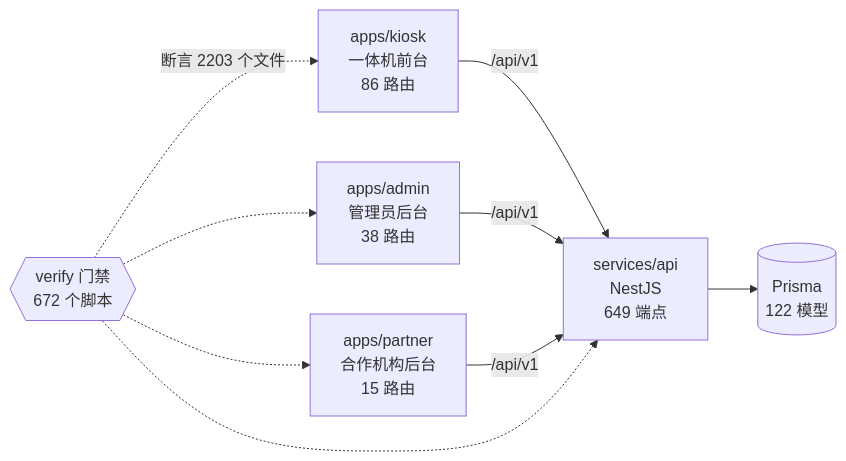
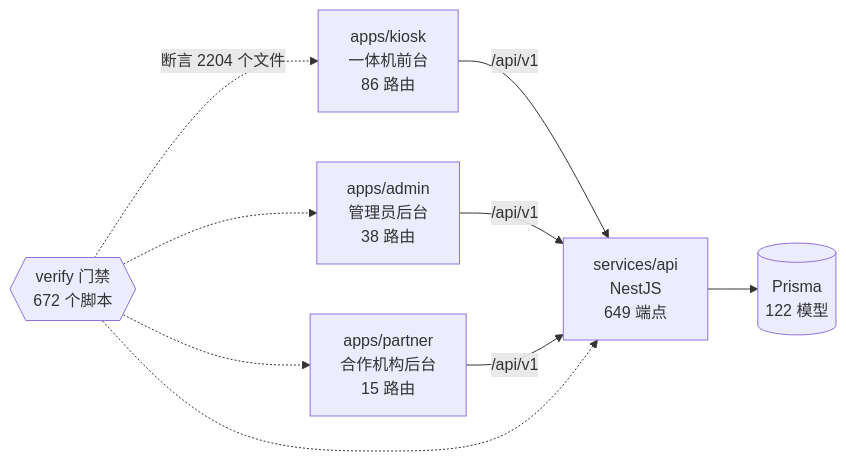
The diagram in docs/graph/README.md (wanglei581/YITIJI), drawn with Mermaid before and after one commit. The commit also changed other lines of this file and 7 other files, not shown here.

````diff
--- a/docs/graph/README.md
+++ b/docs/graph/README.md
@@ -68,18 +68,18 @@
 ```mermaid
 flowchart LR
   kiosk["apps/kiosk<br/>一体机前台<br/>86 路由"]
   admin["apps/admin<br/>管理员后台<br/>38 路由"]
   partner["apps/partner<br/>合作机构后台<br/>15 路由"]
   api["services/api<br/>NestJS<br/>649 端点"]
   db[("Prisma<br/>122 模型")]
   gates{{"verify 门禁<br/>672 个脚本"}}
 
   kiosk -->|"/api/v1"| api
   admin -->|"/api/v1"| api
   partner -->|"/api/v1"| api
   api --> db
-  gates -.->|"断言 2203 个文件"| kiosk
+  gates -.->|"断言 2204 个文件"| kiosk
   gates -.-> admin
   gates -.-> partner
   gates -.-> api
 ```
````
